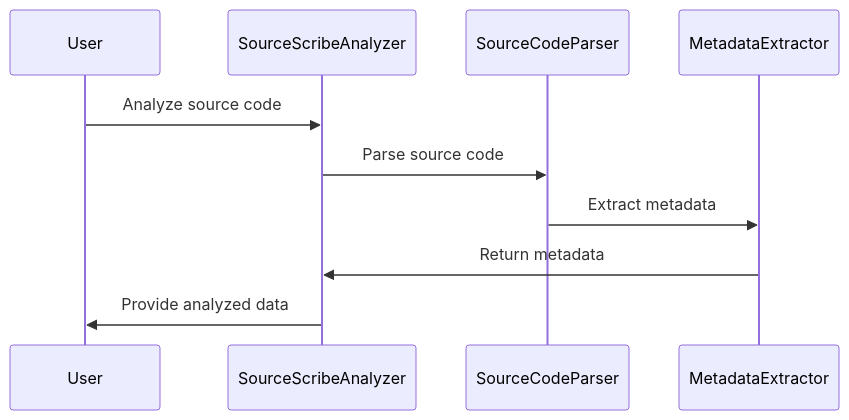
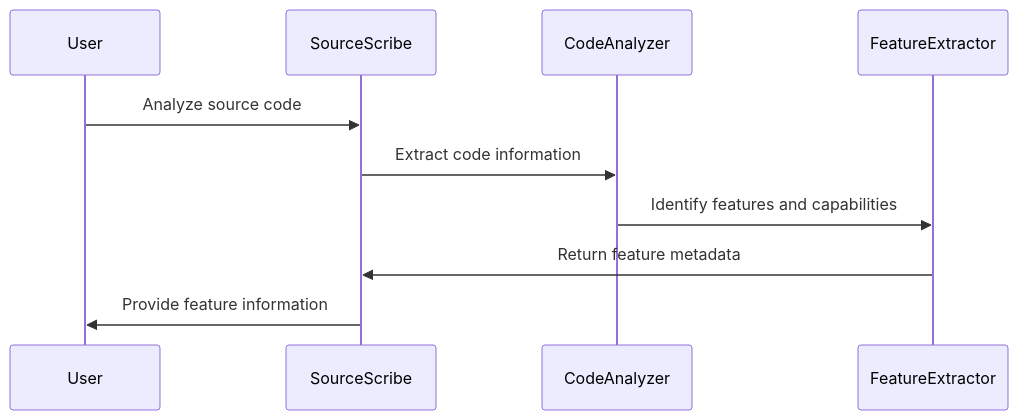
The second of 6 diagrams in website/docs/api-reference/features/index.md (Source-Scribe/sourcescribe-core), drawn with Mermaid before and after one commit. The commit also changed other lines of this file and 2 other files, not shown here.

````diff
--- a/website/docs/api-reference/features/index.md
+++ b/website/docs/api-reference/features/index.md
@@ -27,13 +48,13 @@
 ```mermaid
 sequenceDiagram
     participant User
-    participant SourceScribeAnalyzer
-    participant SourceCodeParser
-    participant MetadataExtractor
+    participant SourceScribe
+    participant CodeAnalyzer
+    participant FeatureExtractor
 
-    User->>SourceScribeAnalyzer: Analyze source code
-    SourceScribeAnalyzer->>SourceCodeParser: Parse source code
-    SourceCodeParser->>MetadataExtractor: Extract metadata
-    MetadataExtractor->>SourceScribeAnalyzer: Return metadata
-    SourceScribeAnalyzer->>User: Provide analyzed data
+    User->>SourceScribe: Analyze source code
+    SourceScribe->>CodeAnalyzer: Extract code information
+    CodeAnalyzer->>FeatureExtractor: Identify features and capabilities
+    FeatureExtractor->>SourceScribe: Return feature metadata
+    SourceScribe->>User: Provide feature information
 ```
````
